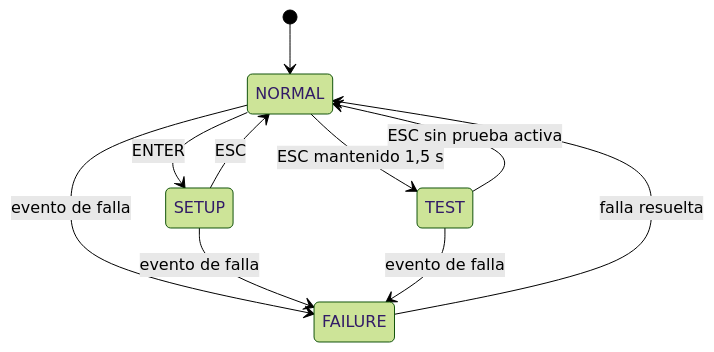
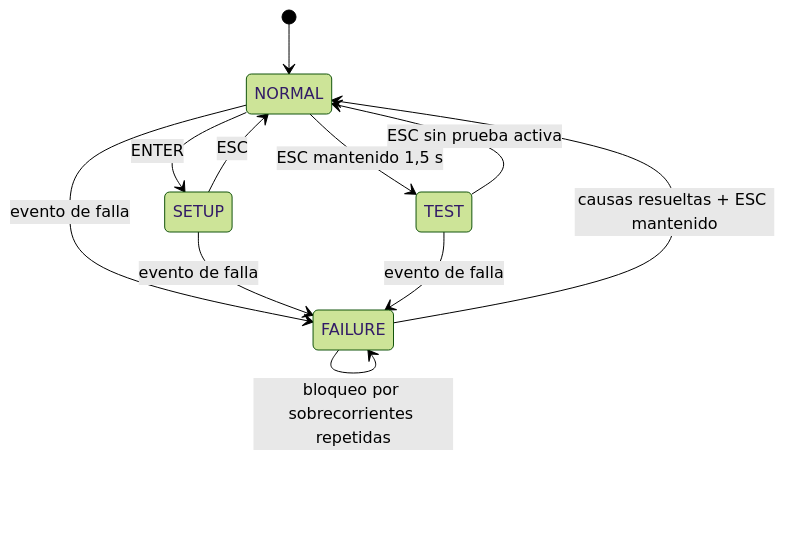
Before and after one commit to igonzalezb/tdse-tf_3-03: the third of 3 diagrams in Memoria Tecnica/Memoria Tecnica.md, drawn with Mermaid (forest theme). The commit also changed other lines of this file and 3 other files, not shown here.

````diff
--- a/Memoria Tecnica/Memoria Tecnica.md
+++ b/Memoria Tecnica/Memoria Tecnica.md
@@ -577,12 +631,13 @@
 ```mermaid
 stateDiagram-v2
     [*] --> NORMAL
     NORMAL --> SETUP: ENTER
     SETUP --> NORMAL: ESC
     NORMAL --> TEST: ESC mantenido 1,5 s
     TEST --> NORMAL: ESC sin prueba activa
     NORMAL --> FAILURE: evento de falla
     SETUP --> FAILURE: evento de falla
     TEST --> FAILURE: evento de falla
-    FAILURE --> NORMAL: falla resuelta
+    FAILURE --> NORMAL: causas resueltas + ESC mantenido
+    FAILURE --> FAILURE: bloqueo por sobrecorrientes repetidas
 ```
````
